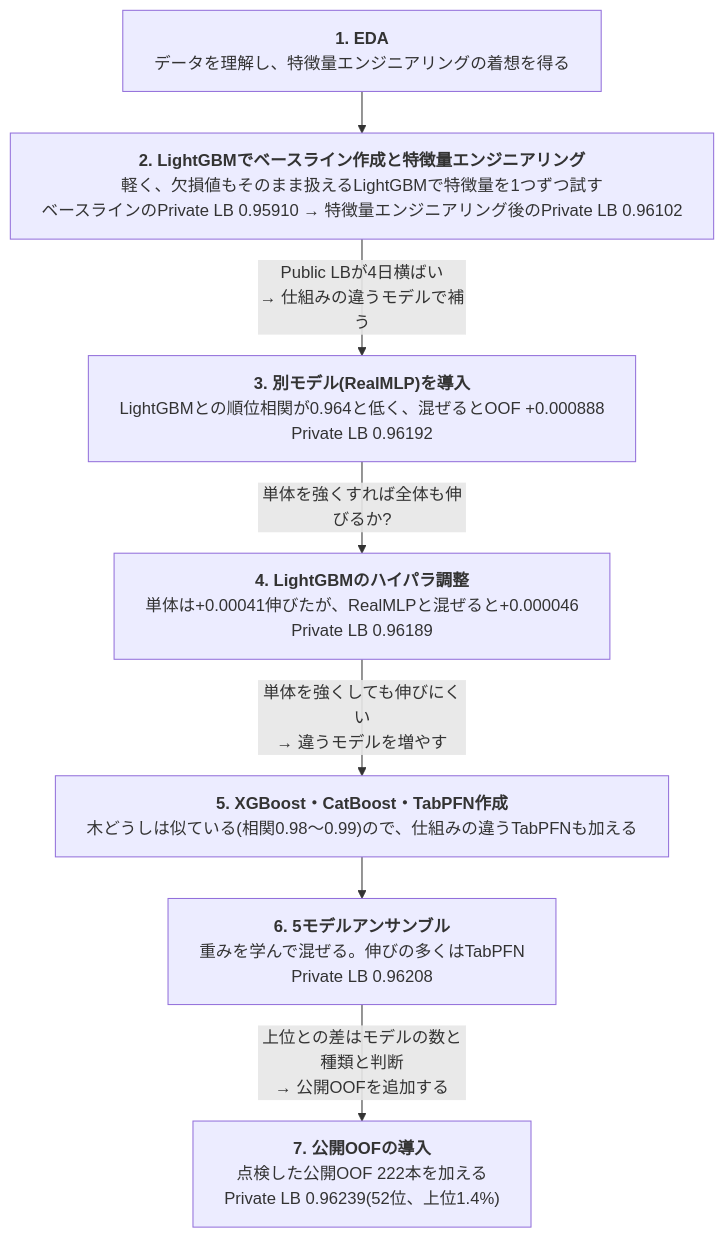
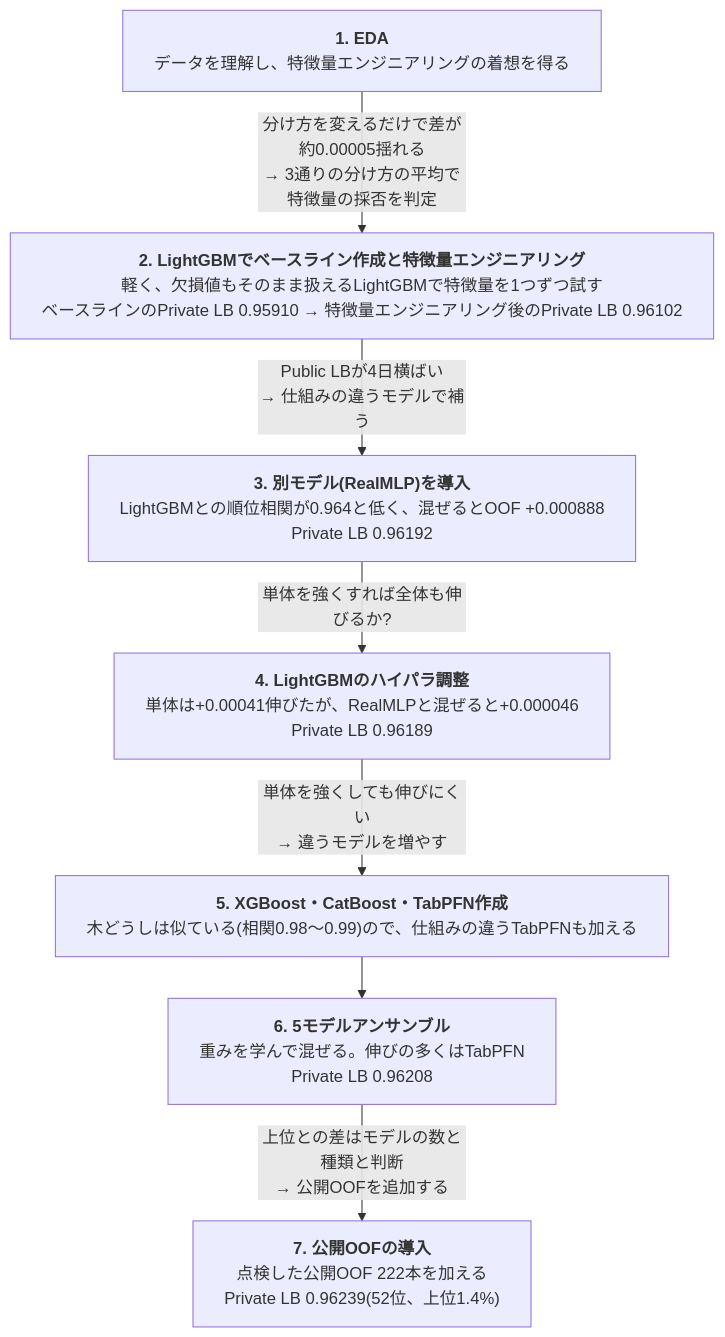
One commit to aramaki5443-art/kaggle-s6e10-airline-satisfaction changed the first of 3 diagrams in README.md. Above: the diagram before and after it, drawn with Mermaid.

Commit message:
README: フロー図1→2に特徴量の採否基準を追加
Claude-Session: https://claude.ai/code/session_01W4XQw12fApd9PttvvKTwbS

````diff
--- a/README.md
+++ b/README.md
@@ -21,22 +21,22 @@
 ```mermaid
 ---
 config:
   flowchart:
     wrappingWidth: 800
     rankSpacing: 40
 ---
 flowchart TD
   S1["<b>1. EDA</b><br>データを理解し、特徴量エンジニアリングの着想を得る"]
   S2["<b>2. LightGBMでベースライン作成と特徴量エンジニアリング</b><br>軽く、欠損値もそのまま扱えるLightGBMで特徴量を1つずつ試す<br>ベースラインのPrivate LB 0.95910 → 特徴量エンジニアリング後のPrivate LB 0.96102"]
   S3["<b>3. 別モデル(RealMLP)を導入</b><br>LightGBMとの順位相関が0.964と低く、混ぜるとOOF +0.000888<br>Private LB 0.96192"]
   S4["<b>4. LightGBMのハイパラ調整</b><br>単体は+0.00041伸びたが、RealMLPと混ぜると+0.000046<br>Private LB 0.96189"]
   S5["<b>5. XGBoost・CatBoost・TabPFN作成</b><br>木どうしは似ている(相関0.98〜0.99)ので、仕組みの違うTabPFNも加える"]
   S6["<b>6. 5モデルアンサンブル</b><br>重みを学んで混ぜる。伸びの多くはTabPFN<br>Private LB 0.96208"]
   S7["<b>7. 公開OOFの導入</b><br>点検した公開OOF 222本を加える<br>Private LB 0.96239(52位、上位1.4%)"]
-  S1 --> S2
+  S1 -->|"分け方を変えるだけで差が約0.00005揺れる<br>→ 3通りの分け方の平均で特徴量の採否を判定"| S2
   S2 -->|"Public LBが4日横ばい<br>→ 仕組みの違うモデルで補う"| S3
   S3 -->|"単体を強くすれば全体も伸びるか?"| S4
   S4 -->|"単体を強くしても伸びにくい<br>→ 違うモデルを増やす"| S5
   S5 --> S6
   S6 -->|"上位との差はモデルの数と種類と判断<br>→ 公開OOFを追加する"| S7
 ```
````
